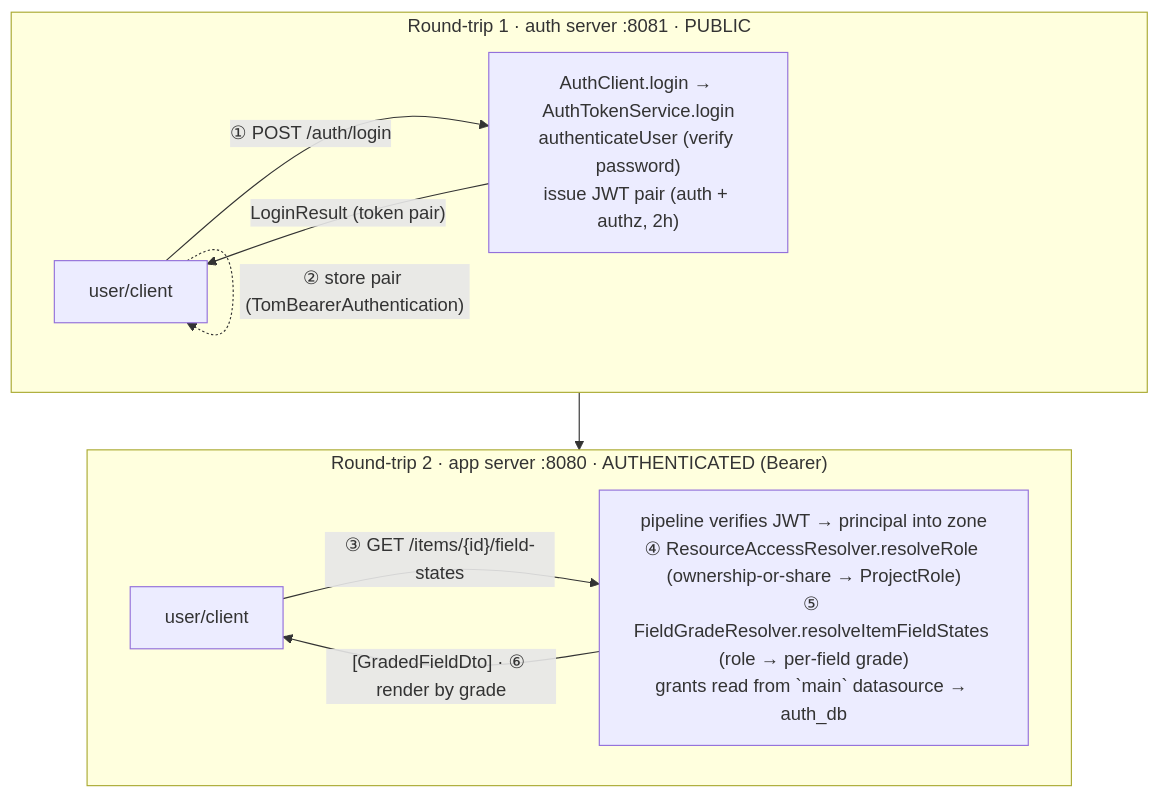
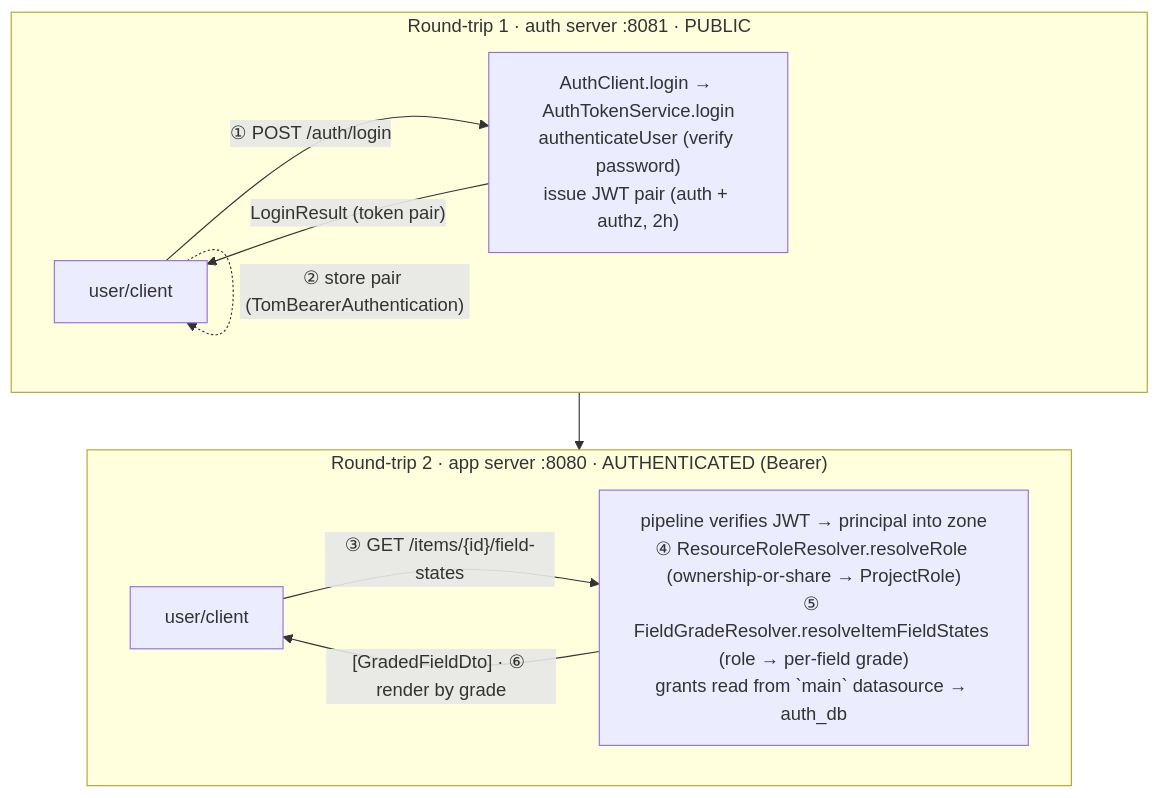
One commit to al-the-bear/tom_core changed the diagram in tom_core_samples/README_advanced_A3_request_lifecycle.md. Above: the diagram before and after it, drawn with Mermaid. The commit also changed other lines of this file and 27 other files, not shown here.

First line of the commit message:
RCC3: migrate ShareRecord to TomPrincipalDelegation (share mode)

````diff
--- a/tom_core_samples/README_advanced_A3_request_lifecycle.md
+++ b/tom_core_samples/README_advanced_A3_request_lifecycle.md
@@ -46,13 +46,13 @@
 ```mermaid
 graph TB
   subgraph RT1["Round-trip 1 · auth server :8081 · PUBLIC"]
     u1[user/client] -- "① POST /auth/login" --> at["AuthClient.login → AuthTokenService.login<br/>authenticateUser (verify password)<br/>issue JWT pair (auth + authz, 2h)"]
     at -- "LoginResult (token pair)" --> u1
     u1 -. "② store pair (TomBearerAuthentication)" .-> u1
   end
   subgraph RT2["Round-trip 2 · app server :8080 · AUTHENTICATED (Bearer)"]
-    u2[user/client] -- "③ GET /items/{id}/field-states" --> pipe["pipeline verifies JWT → principal into zone<br/>④ ResourceAccessResolver.resolveRole (ownership-or-share → ProjectRole)<br/>⑤ FieldGradeResolver.resolveItemFieldStates (role → per-field grade)<br/>grants read from `main` datasource → auth_db"]
+    u2[user/client] -- "③ GET /items/{id}/field-states" --> pipe["pipeline verifies JWT → principal into zone<br/>④ ResourceRoleResolver.resolveRole (ownership-or-share → ProjectRole)<br/>⑤ FieldGradeResolver.resolveItemFieldStates (role → per-field grade)<br/>grants read from `main` datasource → auth_db"]
     pipe -- "[GradedFieldDto] · ⑥ render by grade" --> u2
   end
   RT1 --> RT2
 ```
````
